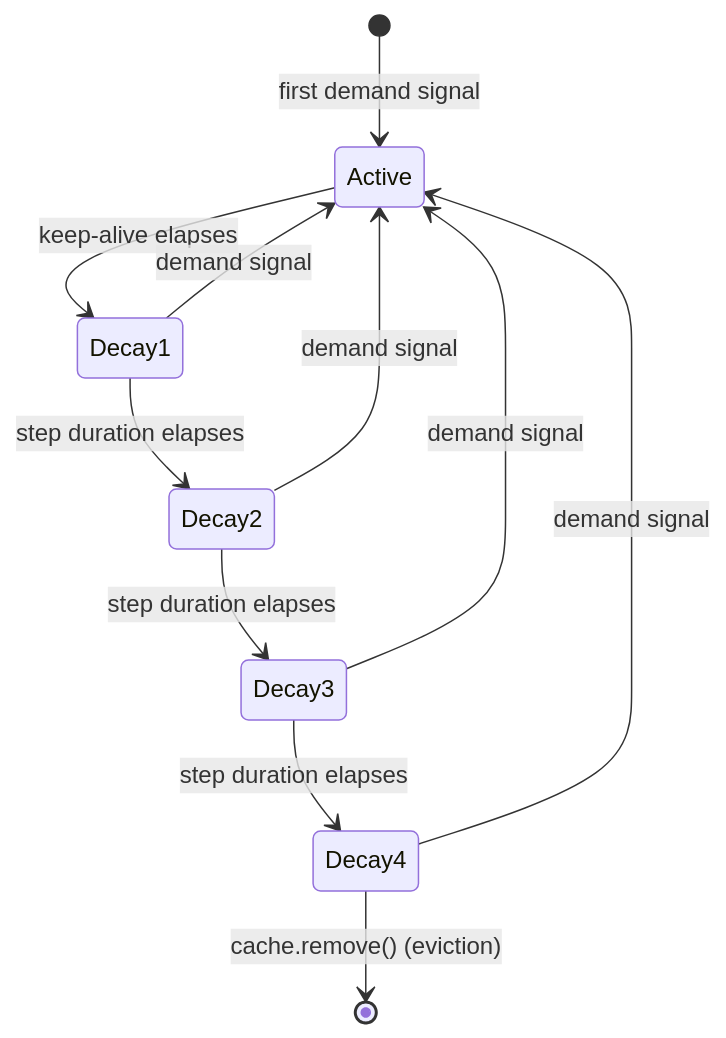
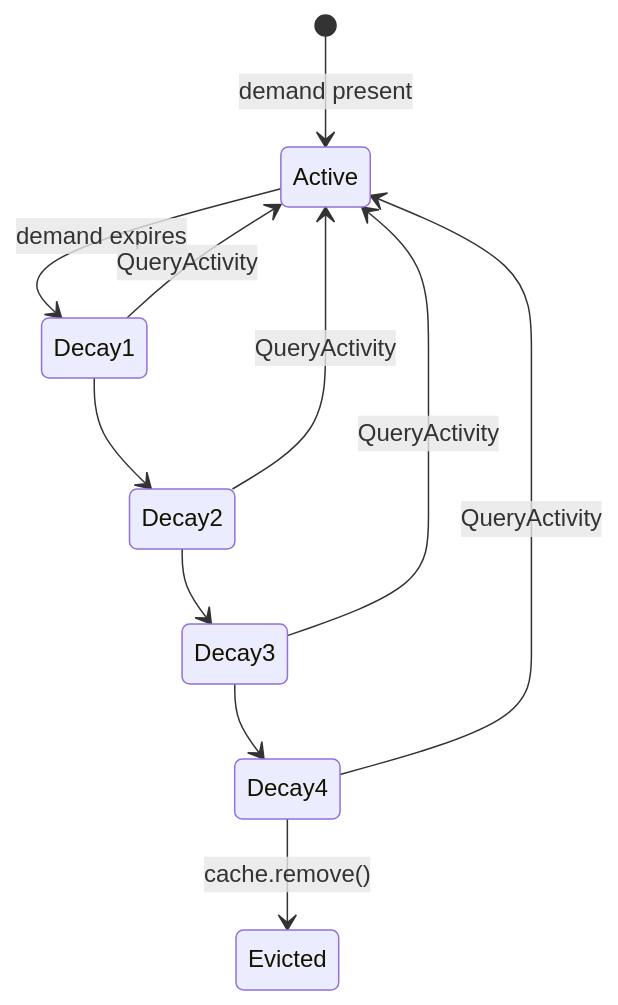
Before and after one commit to NavistAu/beachcomber: the second of 2 diagrams in website/docs/internals/architecture.md, drawn with Mermaid. The commit also changed other lines of this file and 24 other files, not shown here.

````diff
--- a/website/docs/internals/architecture.md
+++ b/website/docs/internals/architecture.md
@@ -195,13 +212,13 @@
 ```mermaid
 stateDiagram-v2
-    [*] --> Active : first demand signal
-    Active --> Decay1 : keep-alive elapses
-    Decay1 --> Decay2 : step duration elapses
-    Decay2 --> Decay3 : step duration elapses
-    Decay3 --> Decay4 : step duration elapses
-    Decay4 --> [*] : cache.remove() (eviction)
-    Decay1 --> Active : demand signal
-    Decay2 --> Active : demand signal
-    Decay3 --> Active : demand signal
-    Decay4 --> Active : demand signal
+    [*] --> Active : demand present
+    Active --> Decay1 : demand expires
+    Decay1 --> Decay2
+    Decay2 --> Decay3
+    Decay3 --> Decay4
+    Decay4 --> Evicted : cache.remove()
+    Decay1 --> Active : QueryActivity
+    Decay2 --> Active : QueryActivity
+    Decay3 --> Active : QueryActivity
+    Decay4 --> Active : QueryActivity
 ```
````
